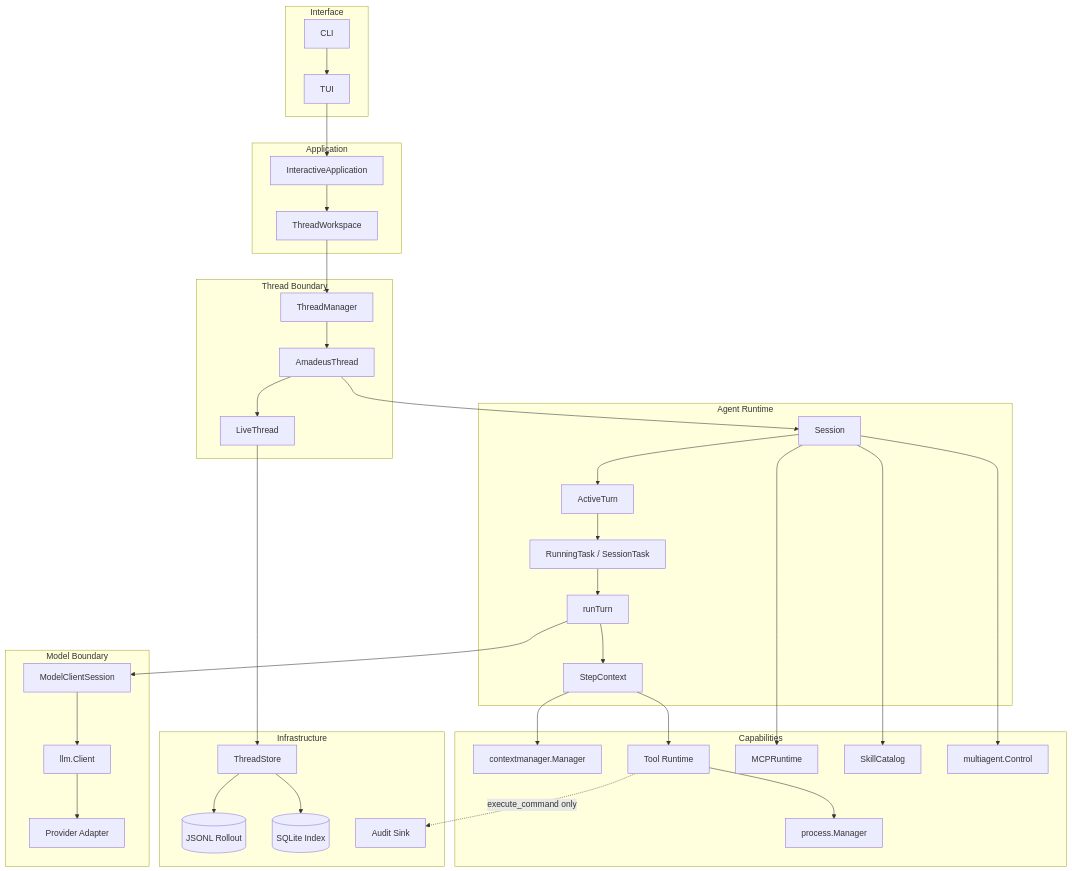
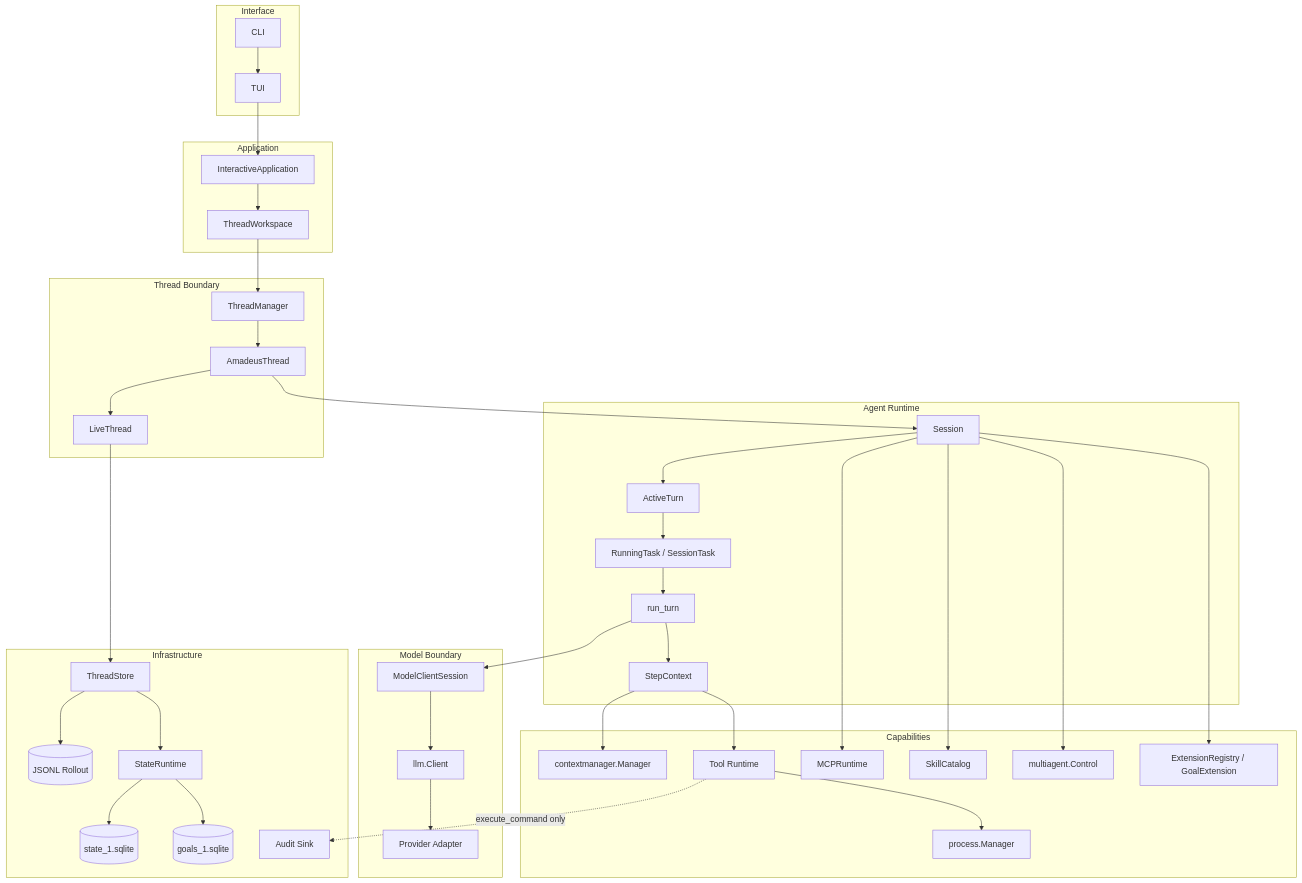
One commit to Godric-W/Amadeus changed the second of 47 diagrams in docs/architecture-whitepaper.md. Above: the diagram before and after it, drawn with Mermaid. The commit also changed other lines of this file and 138 other files, not shown here.

Commit message:
feat: add persisted thread goals and align runtime architecture

````diff
--- a/docs/architecture-whitepaper.md
+++ b/docs/architecture-whitepaper.md
@@ -156,62 +170,68 @@
 ```mermaid
 flowchart TB
     subgraph Interface[Interface]
         CLI[CLI]
         TUI[TUI]
     end
 
     subgraph Application[Application]
         IA[InteractiveApplication]
         TW[ThreadWorkspace]
     end
 
     subgraph Threads[Thread Boundary]
         TM[ThreadManager]
         AT[AmadeusThread]
         LT[LiveThread]
     end
 
     subgraph Runtime[Agent Runtime]
         S[Session]
         Active[ActiveTurn]
         Task[RunningTask / SessionTask]
-        Loop[runTurn]
+        Loop[run_turn]
         Step[StepContext]
     end
 
     subgraph Capability[Capabilities]
         CM[contextmanager.Manager]
         Tools[Tool Runtime]
         MCP[MCPRuntime]
         Skill[SkillCatalog]
         Agents[multiagent.Control]
         Process[process.Manager]
+        Ext[ExtensionRegistry / GoalExtension]
     end
 
     subgraph Model[Model Boundary]
         MCS[ModelClientSession]
         LLM[llm.Client]
         Adapter[Provider Adapter]
     end
 
     subgraph Infra[Infrastructure]
         Store[ThreadStore]
         JSONL[(JSONL Rollout)]
-        DB[(SQLite Index)]
+        State[StateRuntime]
+        MetaDB[(state_1.sqlite)]
+        GoalDB[(goals_1.sqlite)]
         Audit[Audit Sink]
     end
 
     CLI --> TUI --> IA --> TW --> TM --> AT --> S
     AT --> LT --> Store
     S --> Active --> Task --> Loop --> Step
     Step --> CM
     Step --> Tools
     Loop --> MCS --> LLM --> Adapter
     S --> MCP
     S --> Skill
     S --> Agents
+    S --> Ext
     Tools --> Process
     Store --> JSONL
-    Store --> DB
+    Store --> State
+    State --> MetaDB
+    State --> GoalDB
     Tools -. execute_command only .-> Audit
 ```
````
